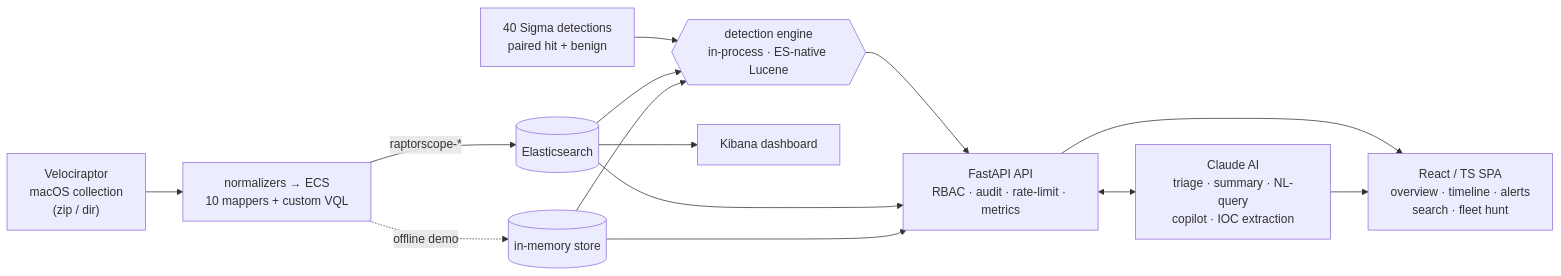
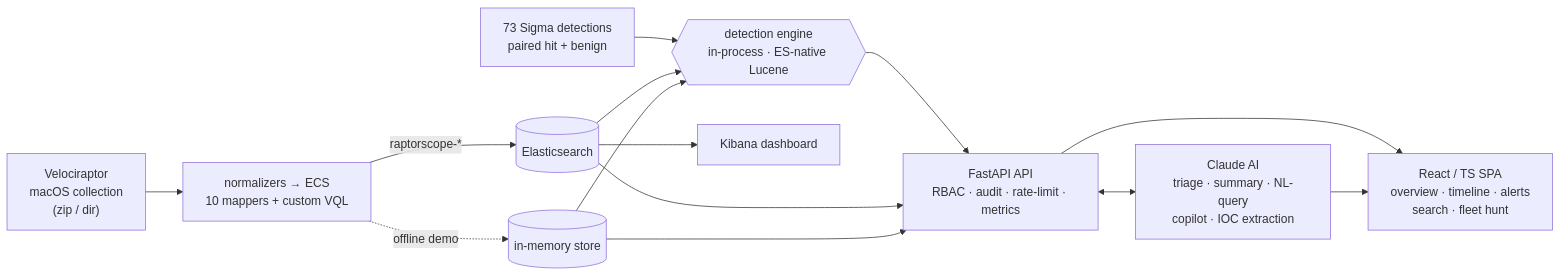
Before and after one commit to cac0ns3c/Raptorscope: the diagram in README.md, drawn with Mermaid. The commit also changed other lines of this file and 37 other files, not shown here.

````diff
--- a/README.md
+++ b/README.md
@@ -56,16 +56,16 @@
 ```mermaid
 flowchart LR
   VR["Velociraptor<br/>macOS collection<br/>(zip / dir)"] --> N["normalizers → ECS<br/>10 mappers + custom VQL"]
   N -->|"raptorscope-*"| ES[("Elasticsearch")]
   N -.->|"offline demo"| MEM[("in-memory store")]
-  RULES["40 Sigma detections<br/>paired hit + benign"] --> DET
+  RULES["73 Sigma detections<br/>paired hit + benign"] --> DET
   ES --> DET{{"detection engine<br/>in-process · ES-native Lucene"}}
   MEM --> DET
   DET --> API["FastAPI API<br/>RBAC · audit · rate-limit · metrics"]
   ES --> API
   MEM --> API
   API --> SPA["React / TS SPA<br/>overview · timeline · alerts<br/>search · fleet hunt"]
   API <--> AI["Claude AI<br/>triage · summary · NL-query<br/>copilot · IOC extraction"]
   AI --> SPA
   ES --> KB["Kibana dashboard"]
 ```
````
